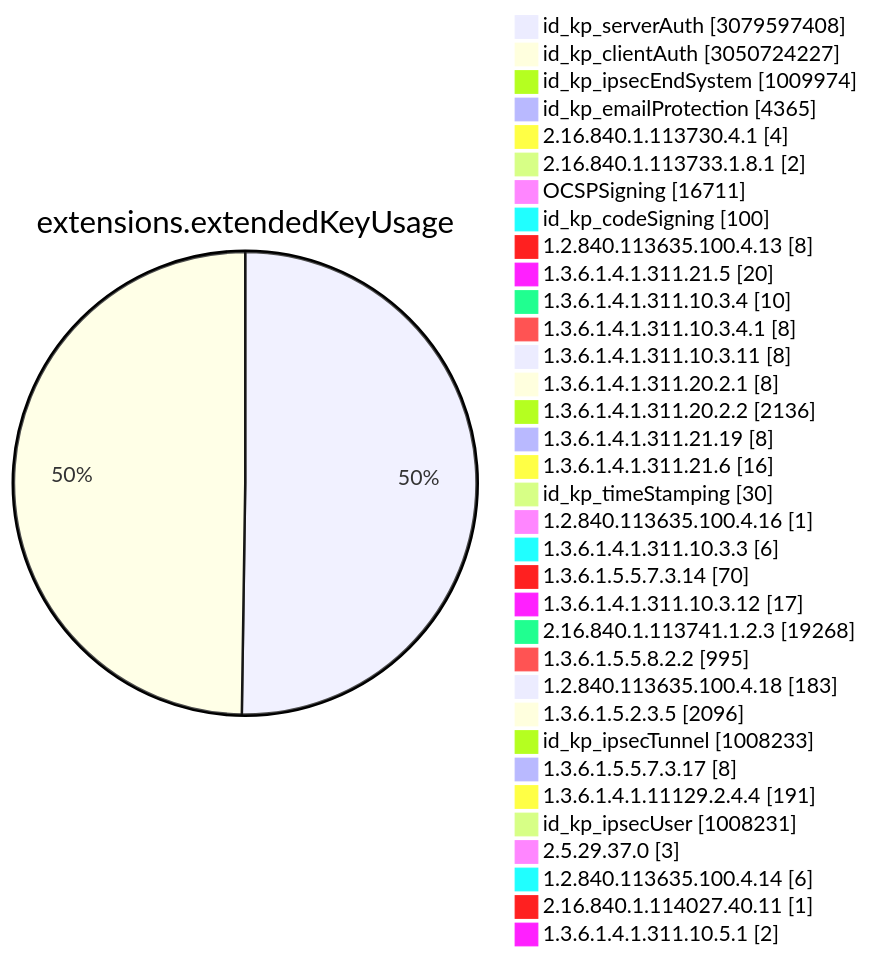
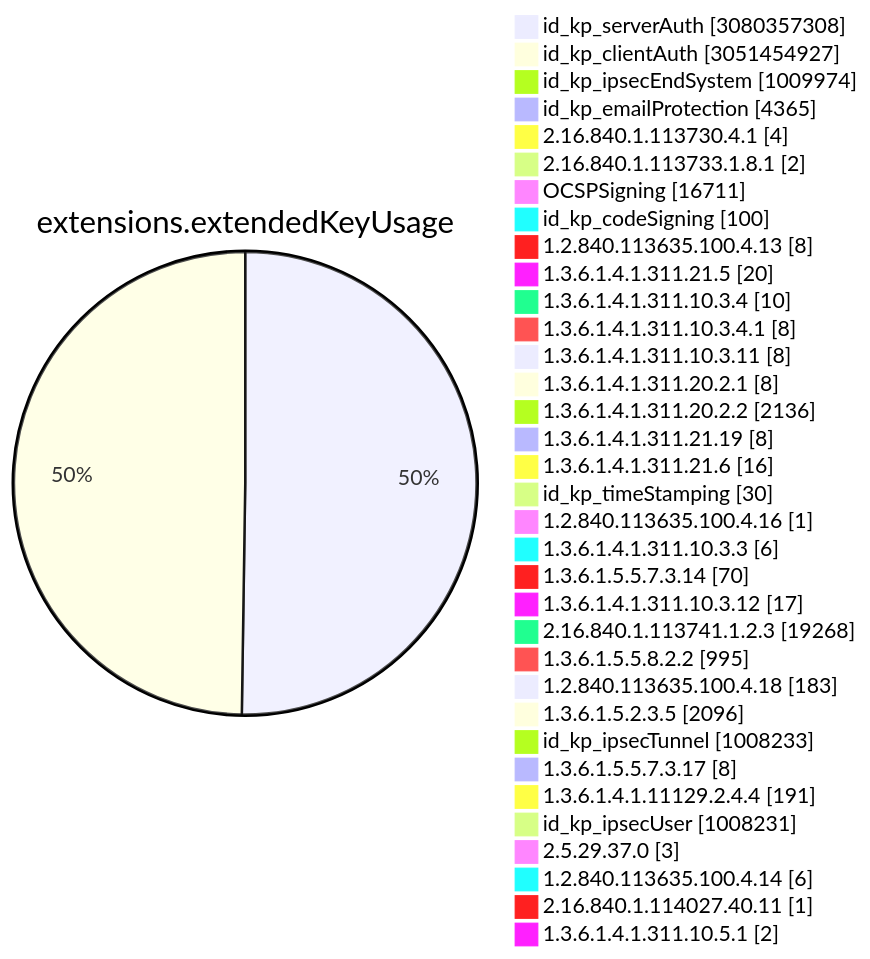
Diagram 11 of 15 in TOTAL/README.md (christiankrug/ctmonitor_visualization), drawn with Mermaid before and after one commit. The commit also changed other lines of this file, not shown here.

````diff
--- a/TOTAL/README.md
+++ b/TOTAL/README.md
@@ -4117,38 +4117,38 @@
 ```mermaid
 pie showData
 title extensions.extendedKeyUsage
-"id_kp_serverAuth" :3079597408
-"id_kp_clientAuth" :3050724227
+"id_kp_serverAuth" :3080357308
+"id_kp_clientAuth" :3051454927
 "id_kp_ipsecEndSystem" :1009974
 "id_kp_emailProtection" :4365
 "2.16.840.1.113730.4.1" :4
 "2.16.840.1.113733.1.8.1" :2
 "OCSPSigning" :16711
 "id_kp_codeSigning" :100
 "1.2.840.113635.100.4.13" :8
 "1.3.6.1.4.1.311.21.5" :20
 "1.3.6.1.4.1.311.10.3.4" :10
 "1.3.6.1.4.1.311.10.3.4.1" :8
 "1.3.6.1.4.1.311.10.3.11" :8
 "1.3.6.1.4.1.311.20.2.1" :8
 "1.3.6.1.4.1.311.20.2.2" :2136
 "1.3.6.1.4.1.311.21.19" :8
 "1.3.6.1.4.1.311.21.6" :16
 "id_kp_timeStamping" :30
 "1.2.840.113635.100.4.16" :1
 "1.3.6.1.4.1.311.10.3.3" :6
 "1.3.6.1.5.5.7.3.14" :70
 "1.3.6.1.4.1.311.10.3.12" :17
 "2.16.840.1.113741.1.2.3" :19268
 "1.3.6.1.5.5.8.2.2" :995
 "1.2.840.113635.100.4.18" :183
 "1.3.6.1.5.2.3.5" :2096
 "id_kp_ipsecTunnel" :1008233
 "1.3.6.1.5.5.7.3.17" :8
 "1.3.6.1.4.1.11129.2.4.4" :191
 "id_kp_ipsecUser" :1008231
 "2.5.29.37.0" :3
 "1.2.840.113635.100.4.14" :6
 "2.16.840.1.114027.40.11" :1
 "1.3.6.1.4.1.311.10.5.1" :2
 ```
````
